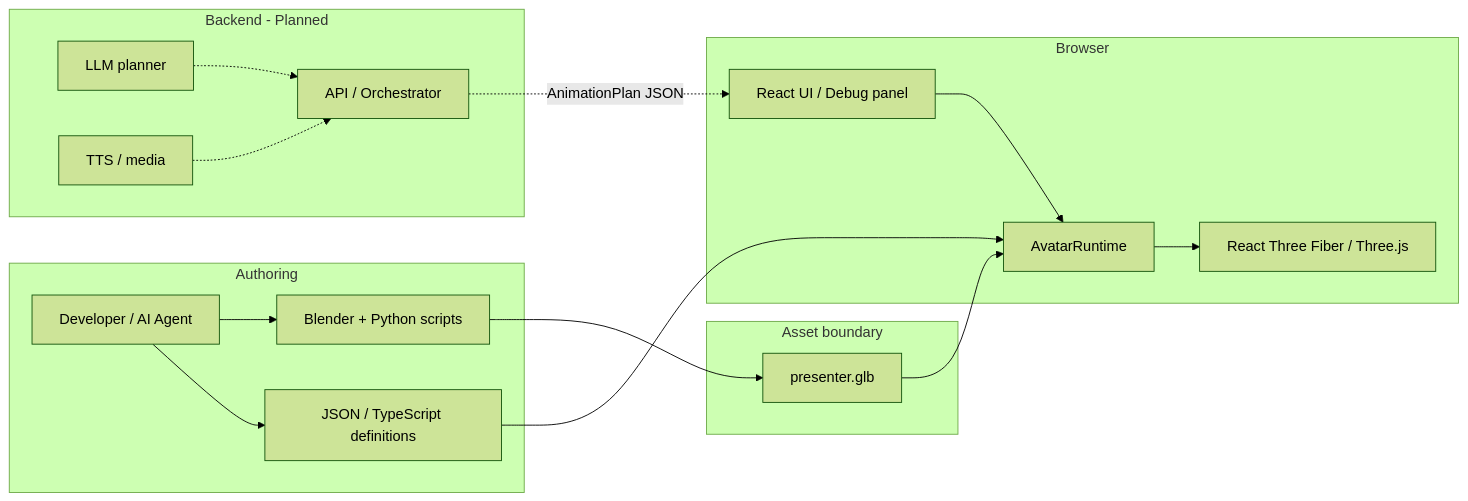
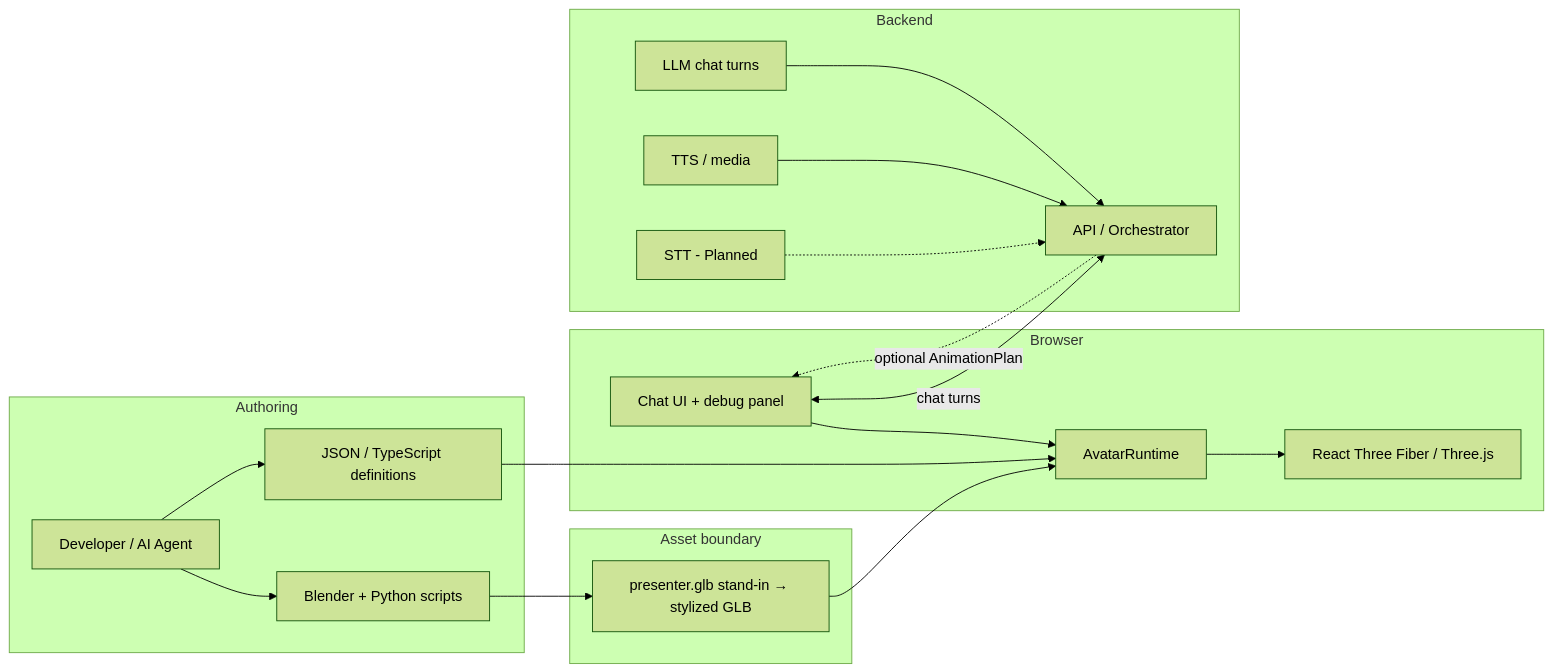
Before and after one commit to HowardHarrison/3D_AI_Avatar: the first of 6 diagrams in docs/Overall_Architecture.md, drawn with Mermaid (forest theme). The commit also changed other lines of this file and 7 other files, not shown here.

````diff
--- a/docs/Overall_Architecture.md
+++ b/docs/Overall_Architecture.md
@@ -42,35 +47,38 @@
 ```mermaid
 flowchart LR
   subgraph Authors["Authoring"]
     DEV[Developer / AI Agent]
     BL[Blender + Python scripts]
     DEF[JSON / TypeScript definitions]
   end
 
   subgraph Assets["Asset boundary"]
-    GLB["presenter.glb"]
+    GLB["presenter.glb stand-in → stylized GLB"]
   end
 
   subgraph Runtime["Browser"]
-    UI[React UI / Debug panel]
+    UI[Chat UI + debug panel]
     RT[AvatarRuntime]
     R3F[React Three Fiber / Three.js]
   end
 
-  subgraph Future["Backend - Planned"]
+  subgraph Backend["Backend"]
     API[API / Orchestrator]
-    LLM[LLM planner]
+    LLM[LLM chat turns]
     TTS[TTS / media]
+    STT[STT - Planned]
   end
 
   DEV --> BL
   DEV --> DEF
   BL --> GLB
   DEF --> RT
   GLB --> RT
   UI --> RT
   RT --> R3F
-  API -.->|AnimationPlan JSON| UI
-  LLM -.-> API
-  TTS -.-> API
+  UI <-->|chat turns| API
+  LLM --> API
+  TTS --> API
+  STT -.-> API
+  API -.->|optional AnimationPlan| UI
 ```
````
